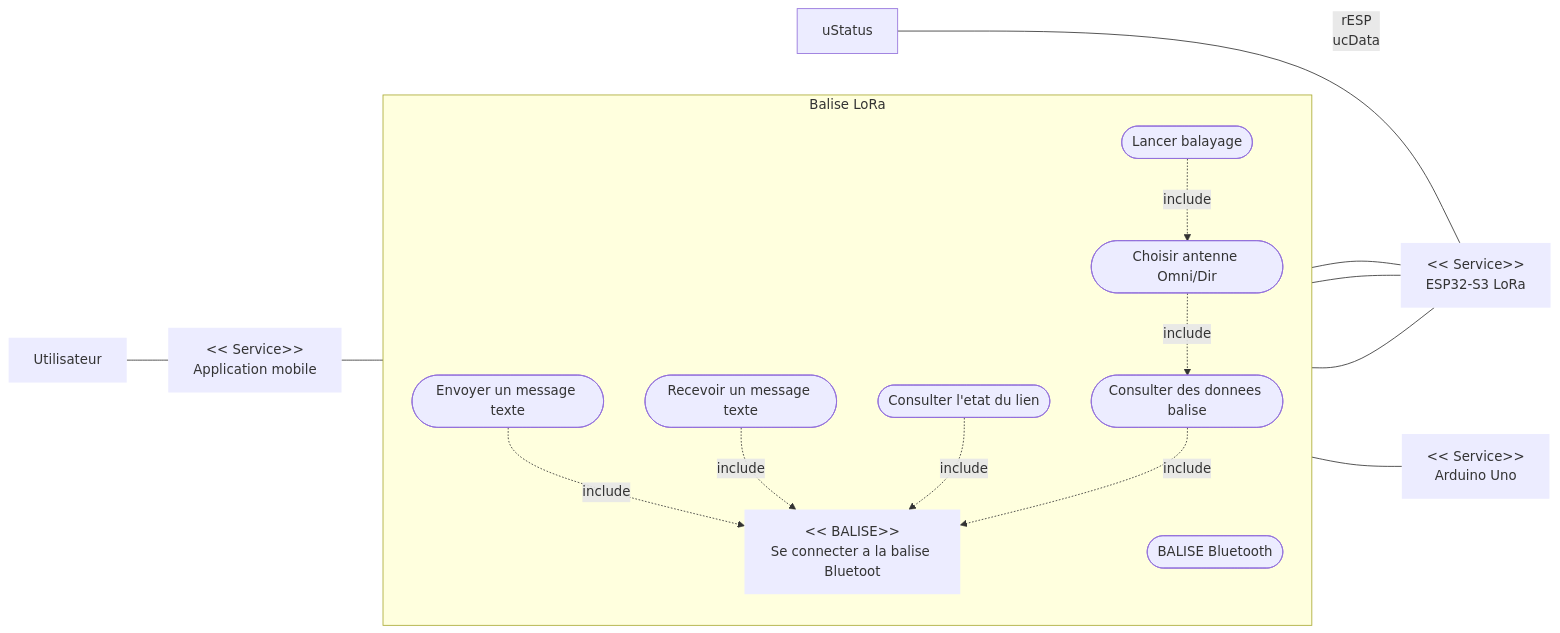
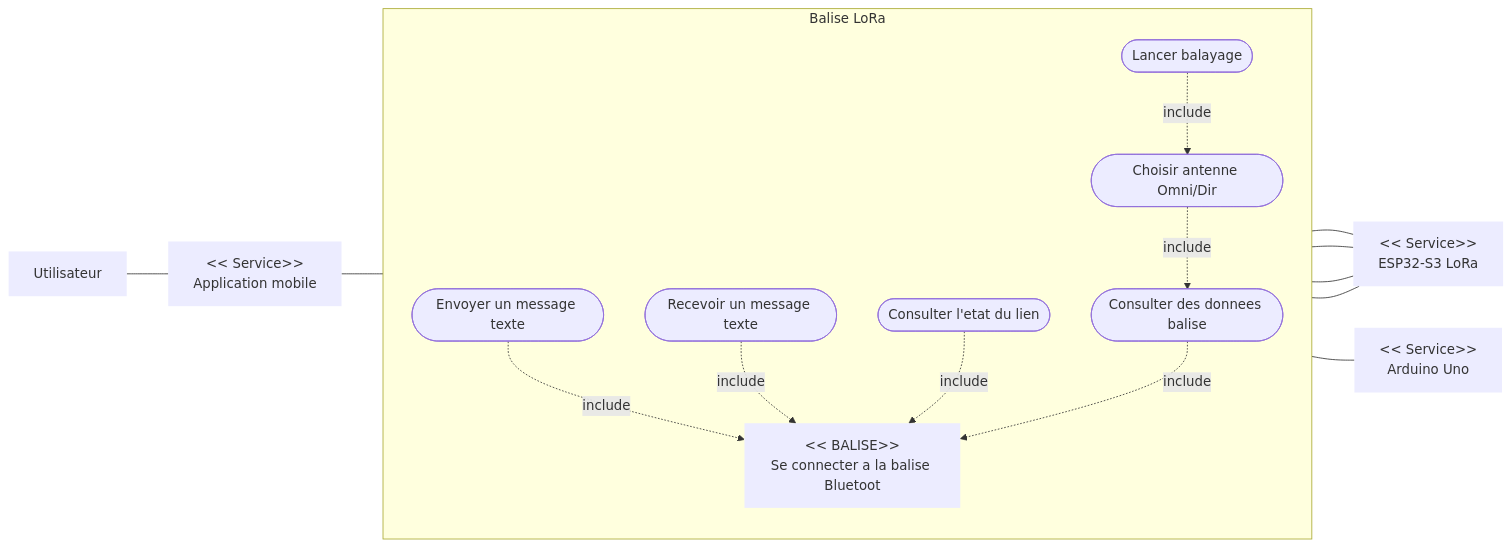
Before and after one commit to SHU445/Projet-LoRa-72h: the first of 7 diagrams in Diagrammes_SysML_Projet_LoRa.md, drawn with Mermaid.

Commit message:
"CorrectUseCase3.2"

````diff
--- a/Diagrammes_SysML_Projet_LoRa.md
+++ b/Diagrammes_SysML_Projet_LoRa.md
@@ -12,40 +12,37 @@
 ```mermaid
 flowchart LR
   rU["Utilisateur"]:::role
   rAPP["<< Service>>\nApplication mobile"]:::role
   rESP["<< Service>>\nESP32-S3 LoRa"]:::role
   rARD["<< Service>>\nArduino Uno"]:::role
   rCONN["<< BALISE>>\nSe connecter a la balise Bluetoot"]:::role
 
   subgraph S["Balise LoRa"]
     direction TB
-    uCo([BALISE Bluetooth])
     ucSend([Envoyer un message texte])
     ucReceive([Recevoir un message texte])
     ucStatus([Consulter l'etat du lien])
     ucData([Consulter des donnees balise])
     ucSelectAntenna([Choisir antenne Omni/Dir])
     ucScan([Lancer balayage])
 
     ucSend -. include .-> rCONN
     ucReceive -. include .-> rCONN
     ucStatus -. include .-> rCONN
     ucData -. include .-> rCONN
     ucSelectAntenna -. include .-> ucData
     ucScan -. include .-> ucSelectAntenna
   end
 
   rU --- rAPP
   rAPP --- rCONN
   rCONN --- rESP
 
   ucSend --- rESP
-  uStatus --rESP
   ucData --- rESP
   ucSelectAntenna --- rESP
-
 
   ucScan --- rARD
 
   classDef role stroke-width:0px;
 ```
````
